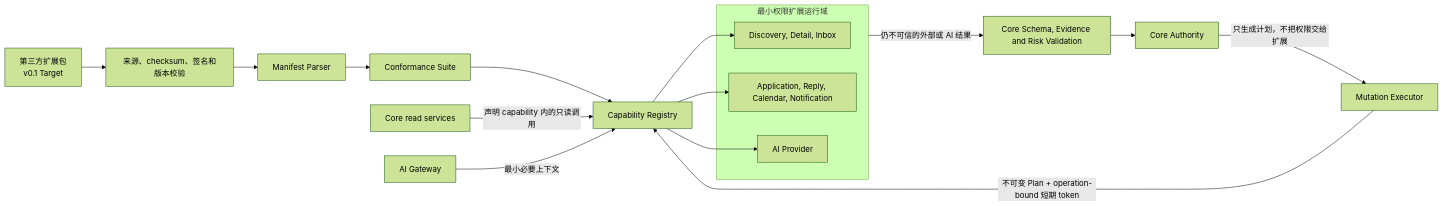
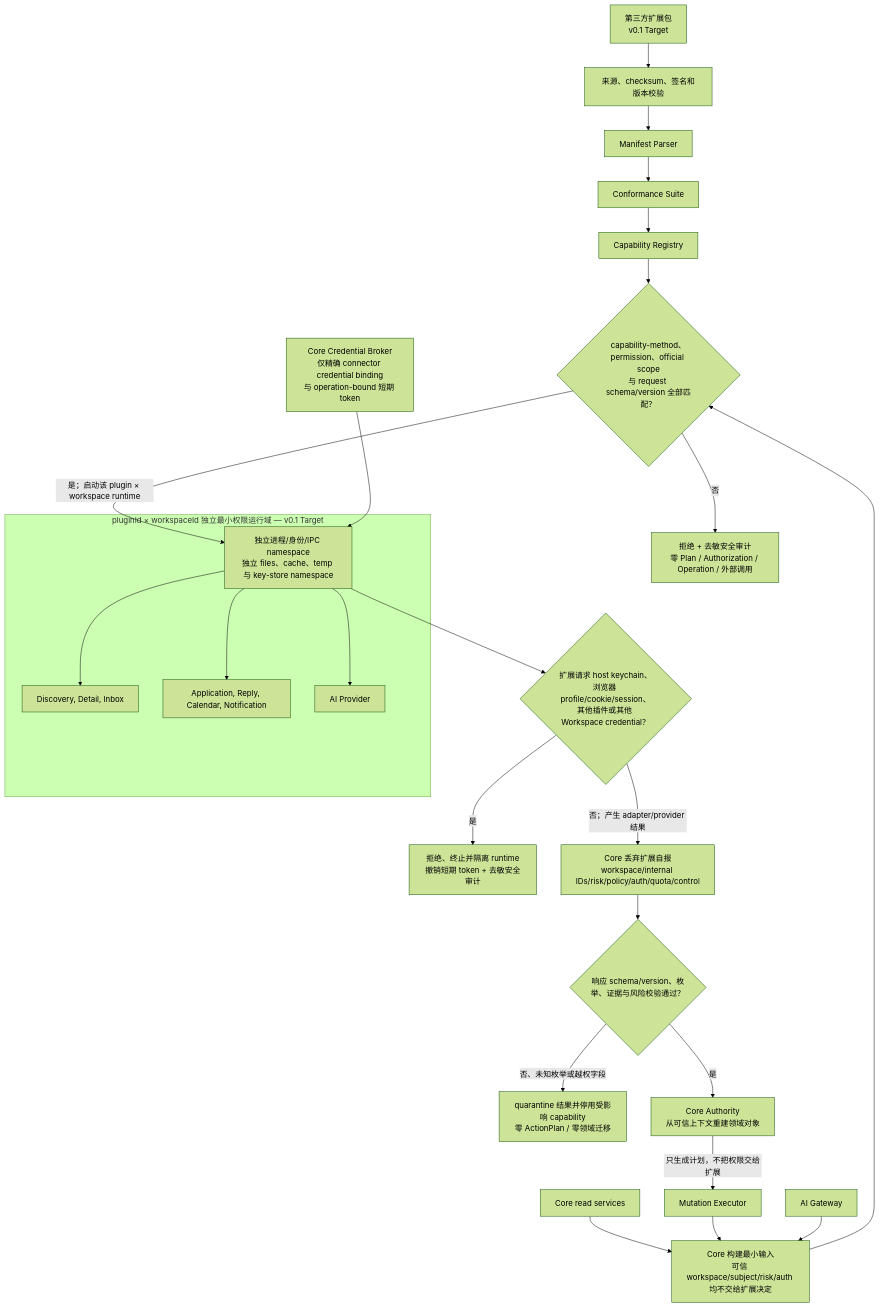
One commit to AnnCYW-cm/rolefox changed the third of 14 diagrams in docs/product/uml/06-architecture-deployment-security.md. Above: the diagram before and after it, drawn with Mermaid (forest theme). The commit also changed other lines of this file and 22 other files, not shown here.

Commit message:
docs: accept v0.1 product and UML baseline

````diff
--- a/docs/product/uml/06-architecture-deployment-security.md
+++ b/docs/product/uml/06-architecture-deployment-security.md
@@ -170,25 +197,36 @@
 ```mermaid
 %% @anchor EXTENSION_SANDBOX
 %% @anchor CAPABILITY_MANIFEST
-flowchart LR
+flowchart TB
     Package["第三方扩展包<br/>v0.1 Target"] --> Verify["来源、checksum、签名和版本校验"]
     Verify --> Manifest["Manifest Parser"]
     Manifest --> Conformance["Conformance Suite"]
     Conformance --> Registry["Capability Registry"]
 
-    subgraph Sandbox["最小权限扩展运行域"]
+    ReadServices["Core read services"] --> Input["Core 构建最小输入<br/>可信 workspace/subject/risk/auth 均不交给扩展决定"]
+    Executor["Mutation Executor"] --> Input
+    AIGateway["AI Gateway"] --> Input
+    Input --> ContractGate{"capability-method、permission、official scope<br/>与 request schema/version 全部匹配？"}
+    Registry --> ContractGate
+    ContractGate -->|"否"| Reject["拒绝 + 去敏安全审计<br/>零 Plan / Authorization / Operation / 外部调用"]
+
+    subgraph Sandbox["pluginId × workspaceId 独立最小权限运行域 — v0.1 Target"]
+        Runtime["独立进程/身份/IPC namespace<br/>独立 files、cache、temp 与 key-store namespace"]
         ReadCaps["Discovery, Detail, Inbox"]
         MutationCaps["Application, Reply, Calendar, Notification"]
         Provider["AI Provider"]
+        Runtime --> ReadCaps
+        Runtime --> MutationCaps
+        Runtime --> Provider
     end
 
-    Registry --> ReadCaps
-    Registry --> MutationCaps
-    Registry --> Provider
-    ReadServices["Core read services"] -->|"声明 capability 内的只读调用"| Registry
-    Executor["Mutation Executor"] -->|"不可变 Plan + operation-bound 短期 token"| Registry
-    AIGateway["AI Gateway"] -->|"最小必要上下文"| Registry
-    Sandbox -->|"仍不可信的外部或 AI 结果"| Validate["Core Schema, Evidence and Risk Validation"]
-    Validate --> Core["Core Authority"]
+    ContractGate -->|"是；启动该 plugin × workspace runtime"| Runtime
+    Broker["Core Credential Broker<br/>仅精确 connector credential binding<br/>与 operation-bound 短期 token"] --> Runtime
+    Runtime --> SecretRequest{"扩展请求 host keychain、浏览器 profile/cookie/session、<br/>其他插件或其他 Workspace credential？"}
+    SecretRequest -->|"是"| Terminate["拒绝、终止并隔离 runtime<br/>撤销短期 token + 去敏安全审计"]
+    SecretRequest -->|"否；产生 adapter/provider 结果"| Strip["Core 丢弃扩展自报<br/>workspace/internal IDs/risk/policy/auth/quota/control"]
+    Strip --> Validate{"响应 schema/version、枚举、证据与风险校验通过？"}
+    Validate -->|"否、未知枚举或越权字段"| Quarantine["quarantine 结果并停用受影响 capability<br/>零 ActionPlan / 零领域迁移"]
+    Validate -->|"是"| Core["Core Authority<br/>从可信上下文重建领域对象"]
     Core -->|"只生成计划，不把权限交给扩展"| Executor
 ```
````
